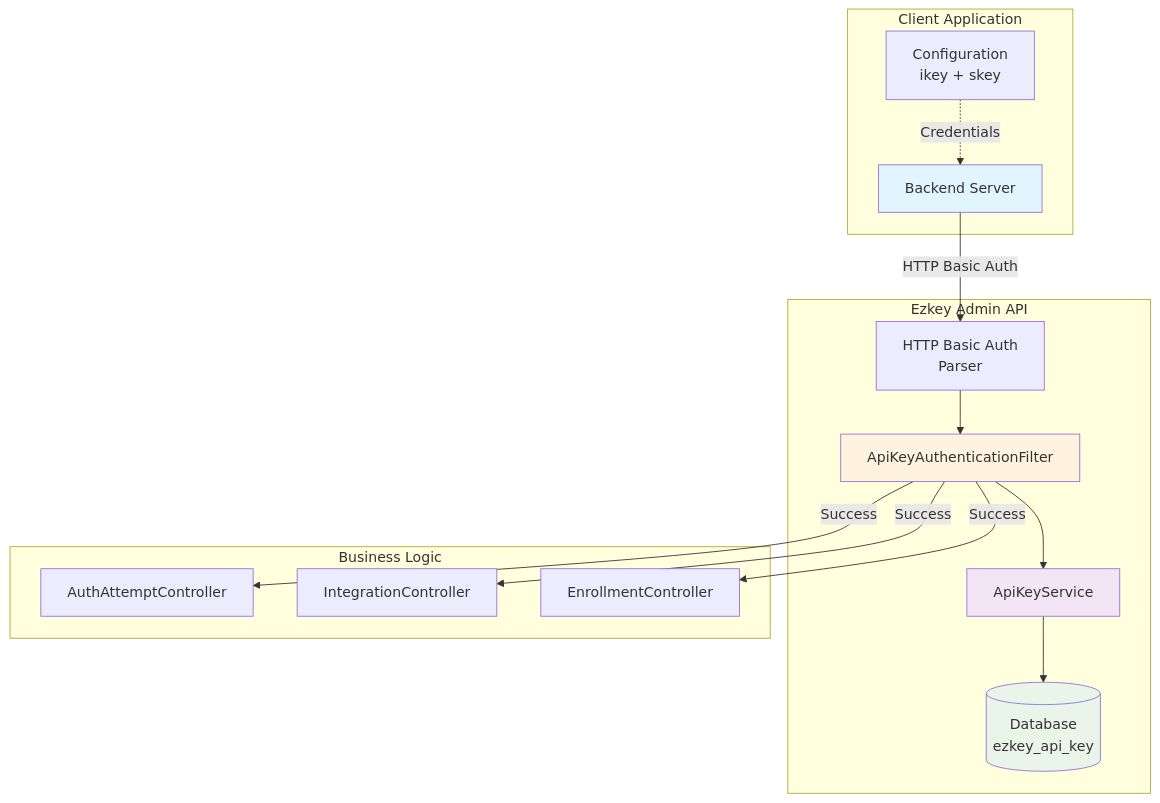
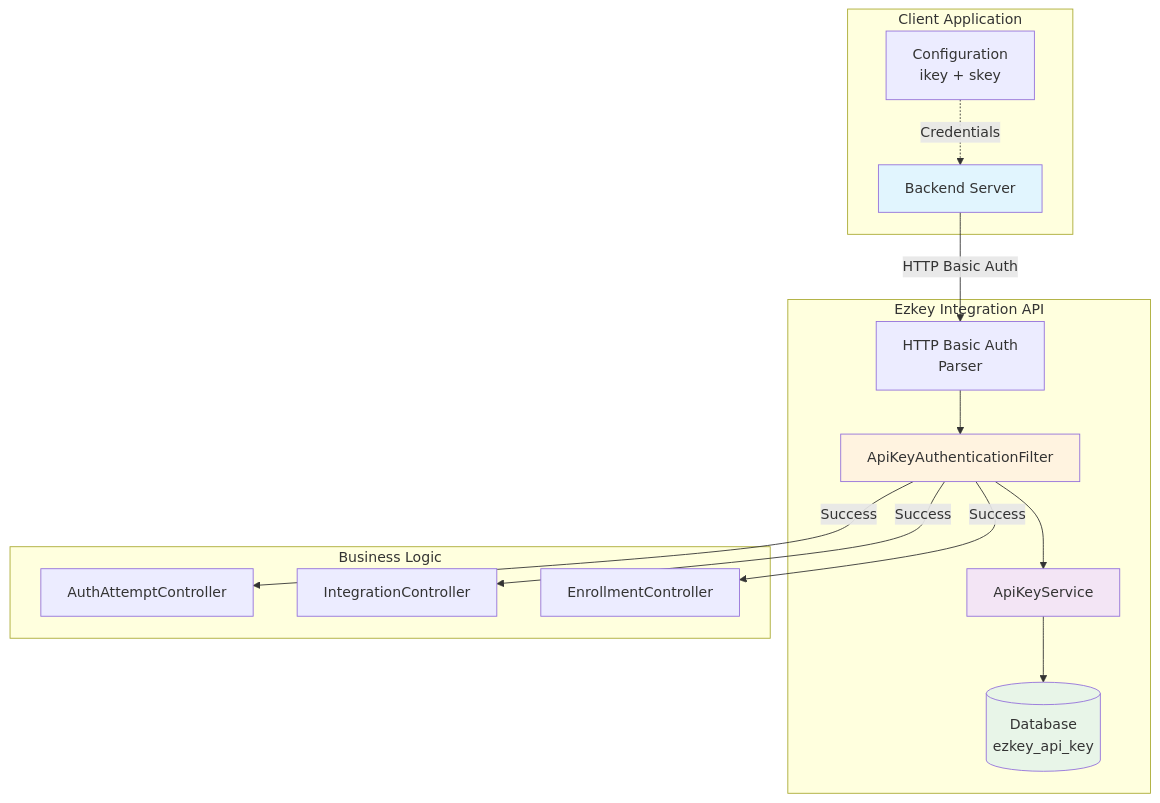
The first of 26 diagrams in docs/API_KEYS_HOW_IT_WORKS.md (mgagp/ezkey), drawn with Mermaid before and after one commit. The commit also changed other lines of this file and 57 other files, not shown here.

First line of the commit message:
fix(security): remove Admin API API-key M2M authentication

````diff
--- a/docs/API_KEYS_HOW_IT_WORKS.md
+++ b/docs/API_KEYS_HOW_IT_WORKS.md
@@ -25,34 +32,34 @@
 ```mermaid
 graph TB
     subgraph "Client Application"
         A[Backend Server]
         B[Configuration<br/>ikey + skey]
     end
     
-    subgraph "Ezkey Admin API"
+    subgraph "Ezkey Integration API"
         C[HTTP Basic Auth<br/>Parser]
         D[ApiKeyAuthenticationFilter]
         E[ApiKeyService]
         F[(Database<br/>ezkey_api_key)]
     end
     
     subgraph "Business Logic"
         G[AuthAttemptController]
         H[IntegrationController]
         I[EnrollmentController]
     end
     
     A -->|HTTP Basic Auth| C
     B -.->|Credentials| A
     C --> D
     D --> E
     E --> F
     D -->|Success| G
     D -->|Success| H
     D -->|Success| I
     
     style A fill:#e1f5fe
     style D fill:#fff3e0
     style E fill:#f3e5f5
     style F fill:#e8f5e8
 ```
````
